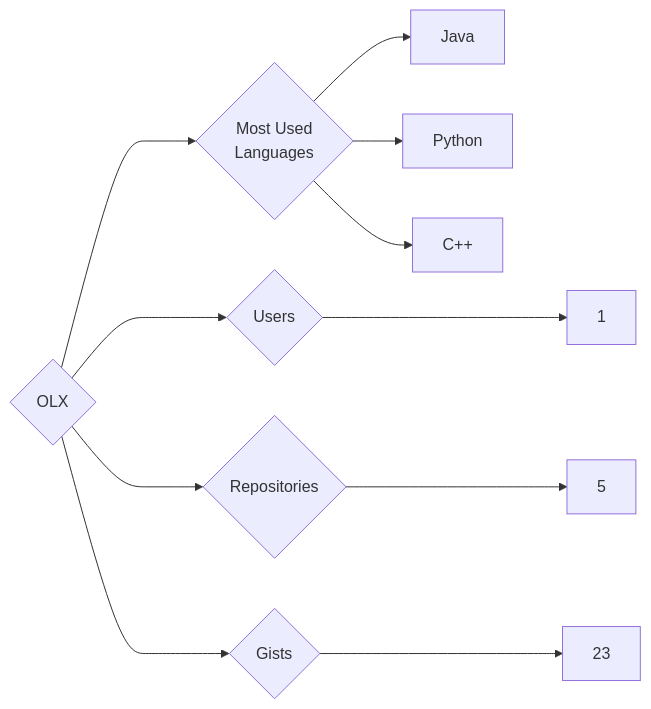
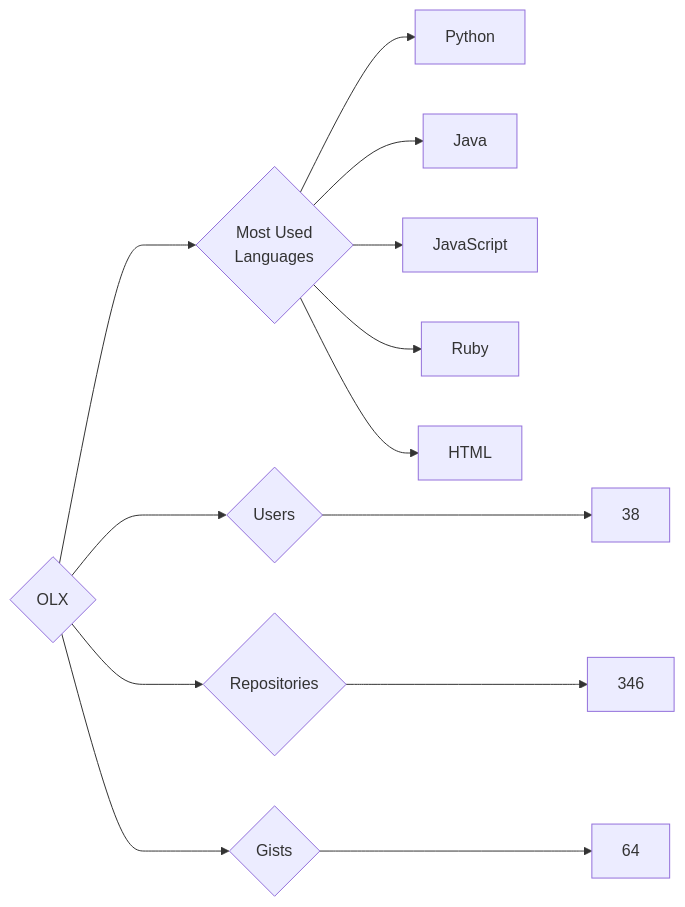
Before and after one commit to trickest/insiders: the diagram in targets/OLX/README.md, drawn with Mermaid. The commit also changed 955 other files, not shown here.

````diff
--- a/targets/OLX/README.md
+++ b/targets/OLX/README.md
@@ -3,11 +3,13 @@
 ```mermaid
 graph LR
 COMPANY_NAME{OLX}
-COMPANY_NAME ---> U{Users} ---> UN[1]
-COMPANY_NAME ---> R{Repositories} ---> RN[5]
-COMPANY_NAME ---> G{Gists} ---> GN[23]
+COMPANY_NAME ---> U{Users} ---> UN[38]
+COMPANY_NAME ---> R{Repositories} ---> RN[346]
+COMPANY_NAME ---> G{Gists} ---> GN[64]
 COMPANY_NAME ---> ML{Most Used<br>Languages}
+ML --> Python[Python]
 ML --> Java[Java]
-ML --> Python[Python]
-ML --> C++[C++]
+ML --> JavaScript[JavaScript]
+ML --> Ruby[Ruby]
+ML --> HTML[HTML]
 ```
````
